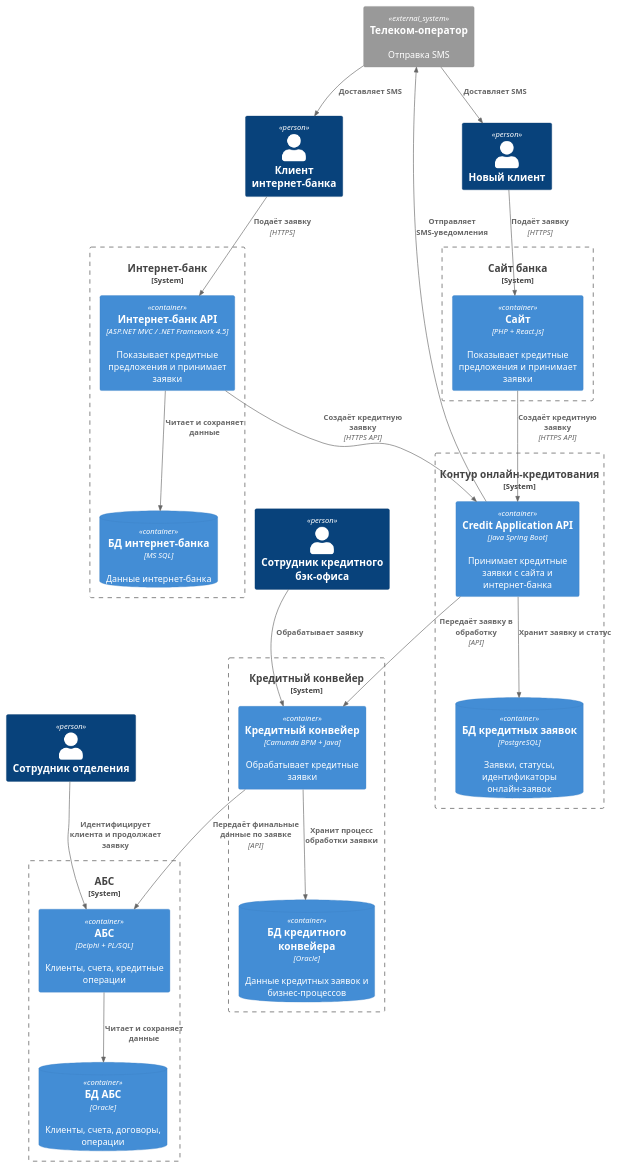
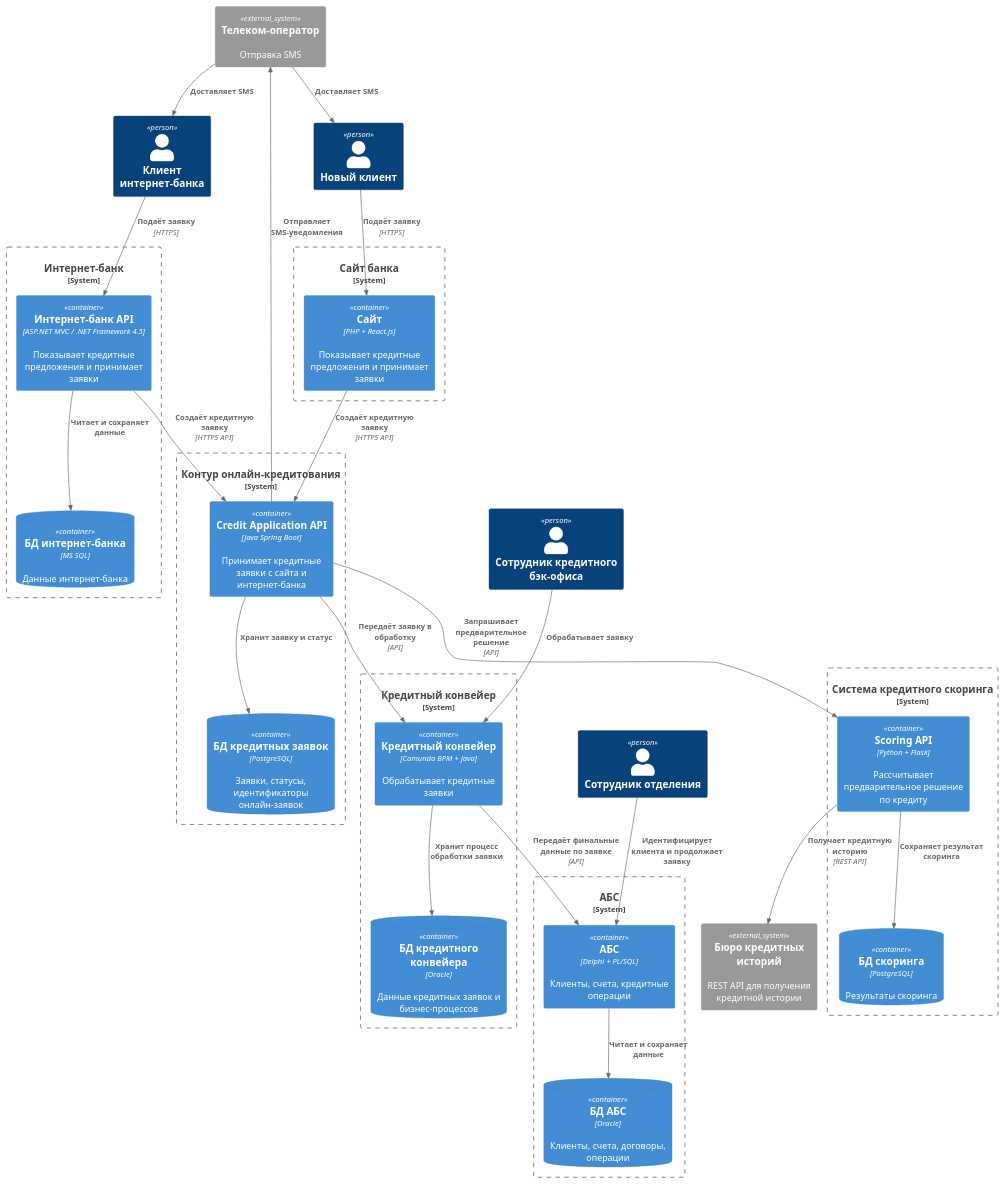
Before and after one commit to alexneysis/architecture-pro-standart-sprint-3: the diagram in task5/c4_container.puml, drawn with PlantUML. The commit also changed 2 other files, not shown here.

Commit message:
Добавил больше конкретики и добавил бюро кредитных историй на диаграммы

```diff
--- a/task5/c4_container.puml
+++ b/task5/c4_container.puml
@@ -1,57 +1,67 @@
 @startuml c4 container task 5
 
 !include https://raw.githubusercontent.com/plantuml-stdlib/C4-PlantUML/master/C4_Container.puml
 
 Person(new_client, "Новый клиент")
 Person(ib_client, "Клиент интернет-банка")
 Person(branch_manager, "Сотрудник отделения")
 Person(credit_manager, "Сотрудник кредитного бэк-офиса")
 
 System_Ext(telecom_operator, "Телеком-оператор", "Отправка SMS")
+System_Ext(bki, "Бюро кредитных историй", "REST API для получения кредитной истории")
 
 System_Boundary(site_boundary, "Сайт банка") {
     Container(site_app, "Сайт", "PHP + React.js", "Показывает кредитные предложения и принимает заявки")
 }
 
 System_Boundary(internet_bank_boundary, "Интернет-банк") {
     Container(internet_bank_app, "Интернет-банк API", "ASP.NET MVC / .NET Framework 4.5", "Показывает кредитные предложения и принимает заявки")
     ContainerDb(internet_bank_db, "БД интернет-банка", "MS SQL", "Данные интернет-банка")
 }
 
 System_Boundary(credit_online_boundary, "Контур онлайн-кредитования") {
     Container(credit_api, "Credit Application API", "Java Spring Boot", "Принимает кредитные заявки с сайта и интернет-банка")
     ContainerDb(credit_db, "БД кредитных заявок", "PostgreSQL", "Заявки, статусы, идентификаторы онлайн-заявок")
 }
 
 System_Boundary(conveyor_boundary, "Кредитный конвейер") {
     Container(credit_conveyor, "Кредитный конвейер", "Camunda BPM + Java", "Обрабатывает кредитные заявки")
     ContainerDb(conveyor_db, "БД кредитного конвейера", "Oracle", "Данные кредитных заявок и бизнес-процессов")
 }
 
+System_Boundary(scoring_boundary, "Система кредитного скоринга") {
+    Container(scoring_api, "Scoring API", "Python + Flask", "Рассчитывает предварительное решение по кредиту")
+    ContainerDb(scoring_db, "БД скоринга", "PostgreSQL", "Результаты скоринга")
+}
+
 System_Boundary(abs_boundary, "АБС") {
     Container(abs_app, "АБС", "Delphi + PL/SQL", "Клиенты, счета, кредитные операции")
     ContainerDb(abs_db, "БД АБС", "Oracle", "Клиенты, счета, договоры, операции")
 }
 
 Rel(new_client, site_app, "Подаёт заявку", "HTTPS")
 Rel(site_app, credit_api, "Создаёт кредитную заявку", "HTTPS API")
 
 Rel(ib_client, internet_bank_app, "Подаёт заявку", "HTTPS")
 Rel(internet_bank_app, internet_bank_db, "Читает и сохраняет данные")
 Rel(internet_bank_app, credit_api, "Создаёт кредитную заявку", "HTTPS API")
 
 Rel(credit_api, credit_db, "Хранит заявку и статус")
+Rel(credit_api, scoring_api, "Запрашивает предварительное решение", "API")
+Rel(scoring_api, bki, "Получает кредитную историю", "REST API")
+Rel(scoring_api, scoring_db, "Сохраняет результат скоринга")
+
 Rel(credit_api, credit_conveyor, "Передаёт заявку в обработку", "API")
 
 Rel(credit_conveyor, conveyor_db, "Хранит процесс обработки заявки")
 Rel(credit_manager, credit_conveyor, "Обрабатывает заявку")
 
 Rel(branch_manager, abs_app, "Идентифицирует клиента и продолжает заявку")
 Rel(abs_app, abs_db, "Читает и сохраняет данные")
 Rel(credit_conveyor, abs_app, "Передаёт финальные данные по заявке", "API")
 
 Rel(credit_api, telecom_operator, "Отправляет SMS-уведомления")
 Rel(telecom_operator, new_client, "Доставляет SMS")
 Rel(telecom_operator, ib_client, "Доставляет SMS")
 
 @enduml
```
